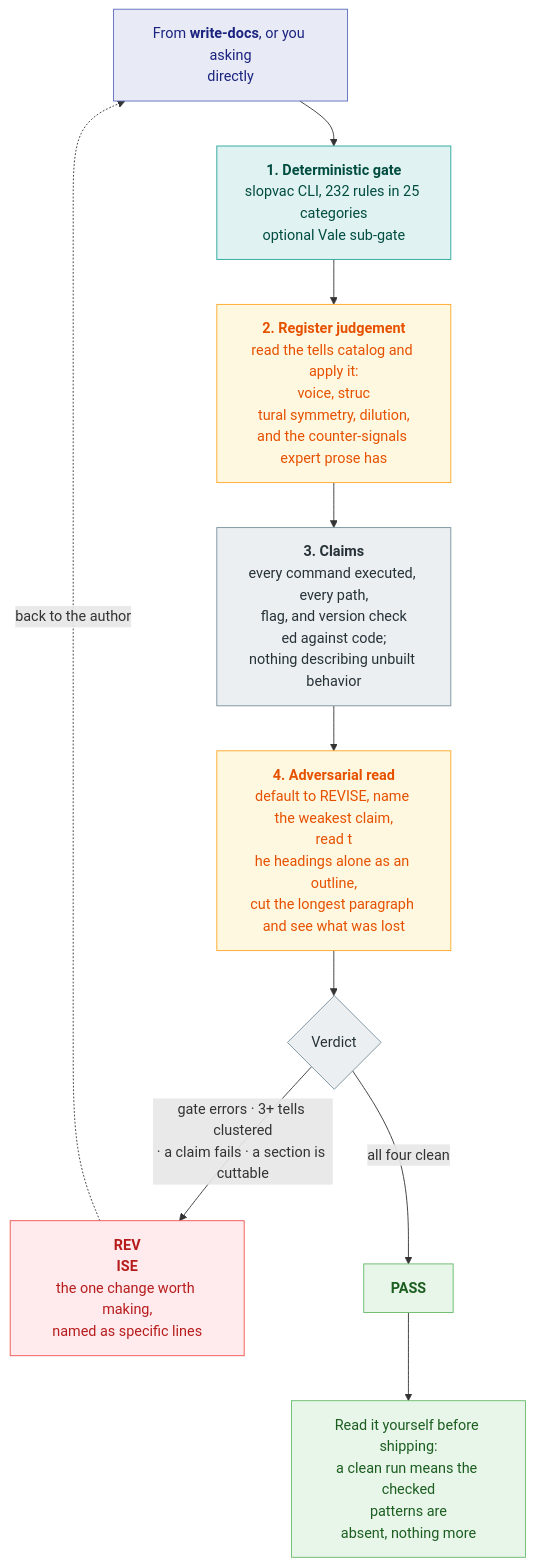
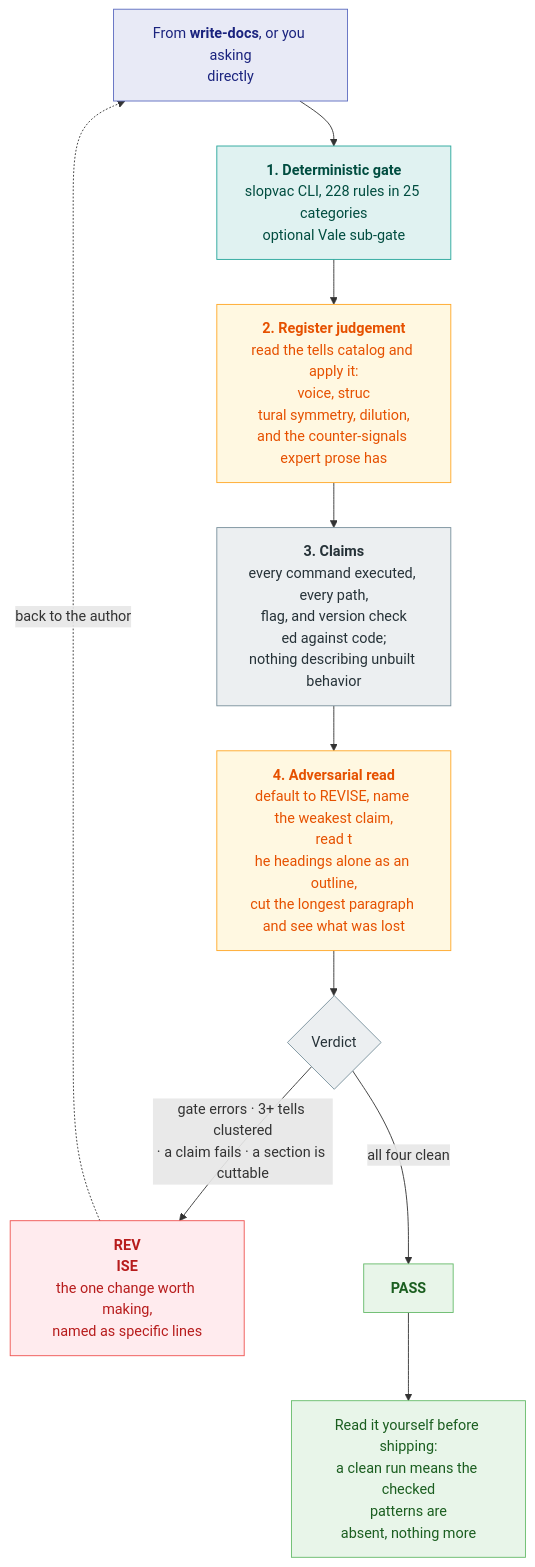
The second of 2 diagrams in README.md (srobroek/slopvac), drawn with Mermaid before and after one commit. The commit also changed other lines of this file and 270 other files, not shown here.

````diff
--- a/README.md
+++ b/README.md
@@ -106,41 +106,41 @@
 ```mermaid
 flowchart TD
     IN["From <b>write-docs</b>, or you asking<br/>directly"]
 
     IN --> GATE
 
-    GATE["<b>1. Deterministic gate</b><br/>slopvac CLI, 232 rules in 25 categories<br/>optional Vale sub-gate"]
+    GATE["<b>1. Deterministic gate</b><br/>slopvac CLI, 228 rules in 25 categories<br/>optional Vale sub-gate"]
 
     GATE --> REG["<b>2. Register judgement</b><br/>read the tells catalog and apply it:<br/>voice, struc
 tural symmetry, dilution,<br/>and the counter-signals expert prose has"]
 
     REG --> CLAIMS["<b>3. Claims</b><br/>every command executed, every path,<br/>flag, and version check
 ed against code;<br/>nothing describing unbuilt behavior"]
 
     CLAIMS --> CUT["<b>4. Adversarial read</b><br/>default to REVISE, name the weakest claim,<br/>read t
 he headings alone as an outline,<br/>cut the longest paragraph and see what was lost"]
 
     CUT --> V{"Verdict"}
 
     V -->|"gate errors · 3+ tells clustered<br/>· a claim fails · a section is cuttable"| REVISE["<b>REV
 ISE</b><br/>the one change worth making,<br/>named as specific lines"]
     V -->|"all four clean"| PASS["<b>PASS</b>"]
 
     REVISE -.->|back to the author| IN
     PASS --> SHIP["Read it yourself before shipping:<br/>a clean run means the checked<br/>patterns are
 absent, nothing more"]
 
     classDef you fill:#e8eaf6,stroke:#5c6bc0,color:#1a237e
     classDef det fill:#e0f2f1,stroke:#26a69a,color:#004d40
     classDef jud fill:#fff8e1,stroke:#ffa726,color:#e65100
     classDef work fill:#eceff1,stroke:#78909c,color:#263238
     classDef bad fill:#ffebee,stroke:#ef5350,color:#b71c1c
     classDef good fill:#e8f5e9,stroke:#66bb6a,color:#1b5e20
 
     class IN you
     class GATE det
     class REG,CUT jud
     class CLAIMS,V work
     class REVISE bad
     class PASS,SHIP good
 ```
````
